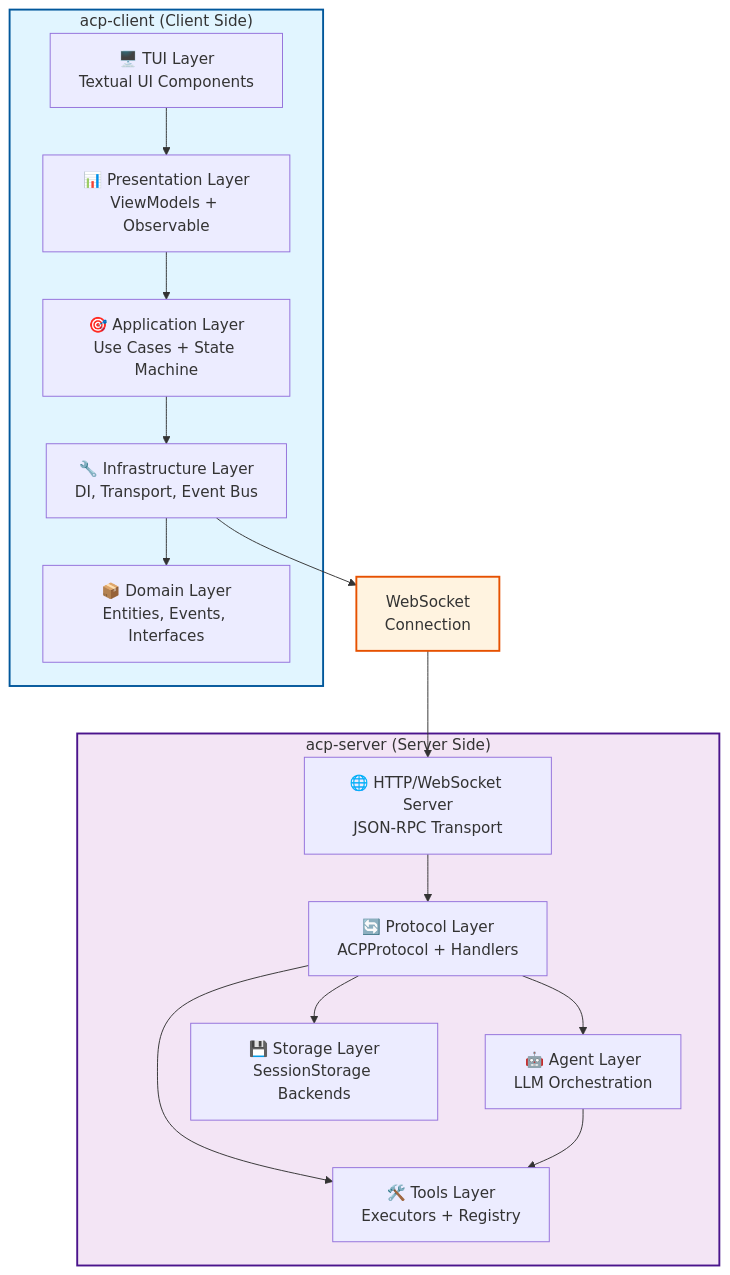
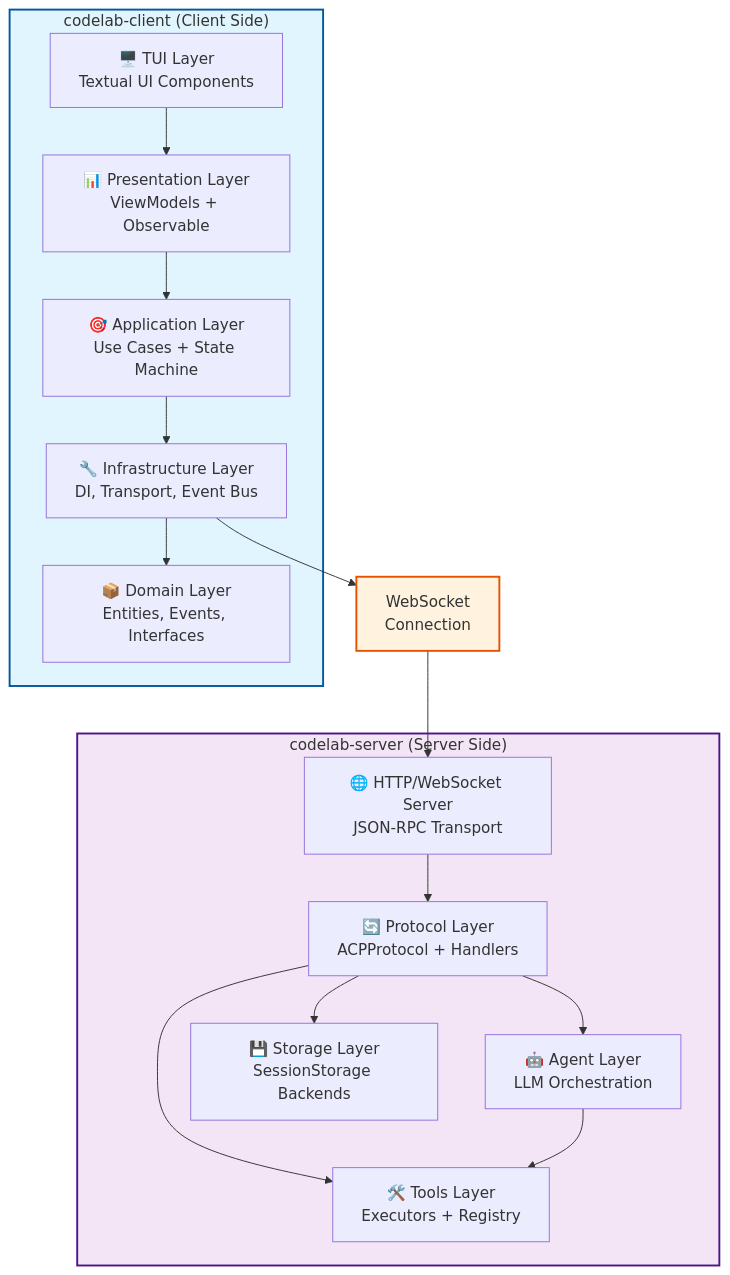
Before and after one commit to pese-git/acp-workspace: the first of 11 diagrams in ARCHITECTURE.md, drawn with Mermaid. The commit also changed other lines of this file and 16 other files, not shown here.

Commit message:
refactor: заменить acp-client/acp-server на codelab

````diff
--- a/ARCHITECTURE.md
+++ b/ARCHITECTURE.md
@@ -30,37 +30,37 @@
 ```mermaid
 graph TB
-    subgraph Client["acp-client (Client Side)"]
+    subgraph Client["codelab-client (Client Side)"]
         TUI["🖥️ TUI Layer<br/>Textual UI Components"]
         Presentation["📊 Presentation Layer<br/>ViewModels + Observable"]
         Application["🎯 Application Layer<br/>Use Cases + State Machine"]
         Infrastructure["🔧 Infrastructure Layer<br/>DI, Transport, Event Bus"]
         Domain["📦 Domain Layer<br/>Entities, Events, Interfaces"]
     end
     
-    subgraph Server["acp-server (Server Side)"]
+    subgraph Server["codelab-server (Server Side)"]
         HttpServer["🌐 HTTP/WebSocket Server<br/>JSON-RPC Transport"]
         Protocol["🔄 Protocol Layer<br/>ACPProtocol + Handlers"]
         Agent["🤖 Agent Layer<br/>LLM Orchestration"]
         Tools["🛠️ Tools Layer<br/>Executors + Registry"]
         Storage["💾 Storage Layer<br/>SessionStorage Backends"]
     end
     
     WebSocket["WebSocket<br/>Connection"]
     
     TUI --> Presentation
     Presentation --> Application
     Application --> Infrastructure
     Infrastructure --> Domain
     Infrastructure --> WebSocket
     
     WebSocket --> HttpServer
     HttpServer --> Protocol
     Protocol --> Agent
     Protocol --> Tools
     Protocol --> Storage
     Agent --> Tools
     
     style Client fill:#e1f5ff,stroke:#01579b,stroke-width:2px
     style Server fill:#f3e5f5,stroke:#4a148c,stroke-width:2px
     style WebSocket fill:#fff3e0,stroke:#e65100,stroke-width:2px
 ```
````
